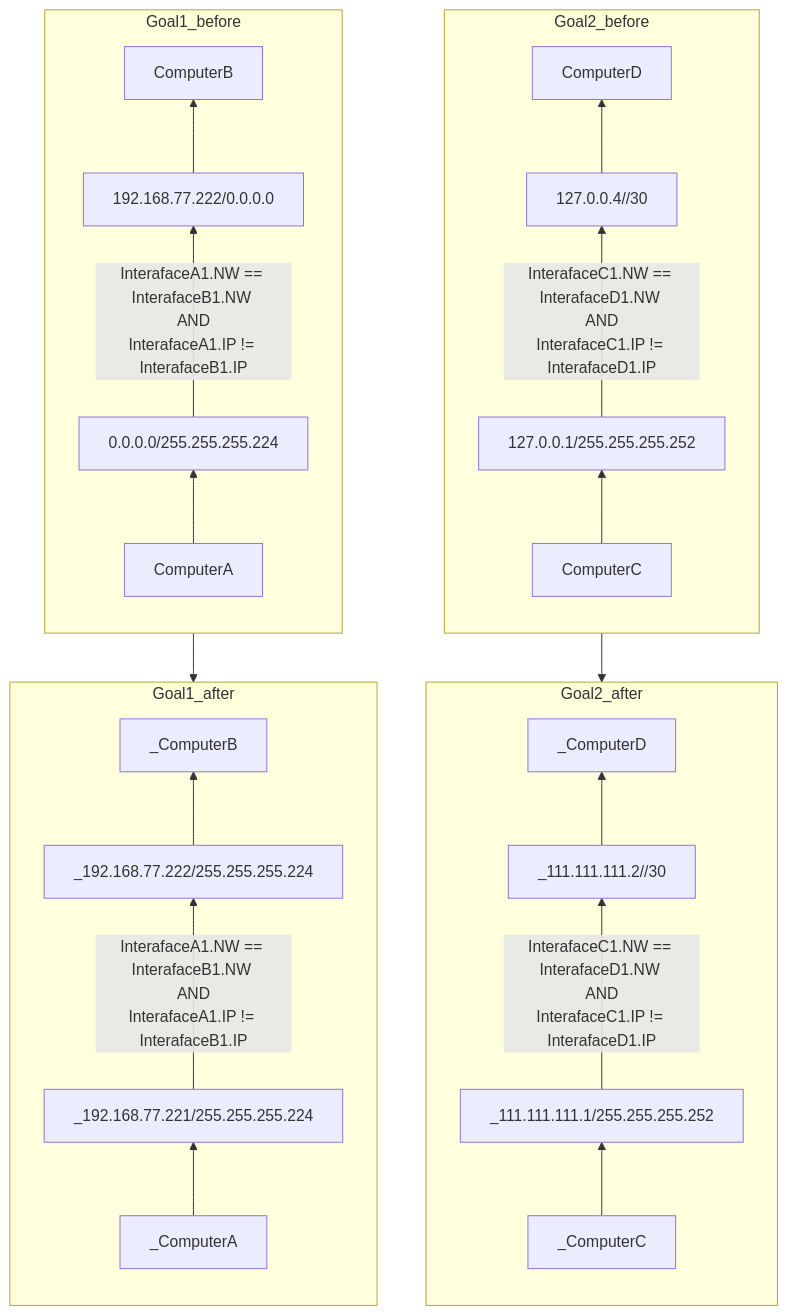
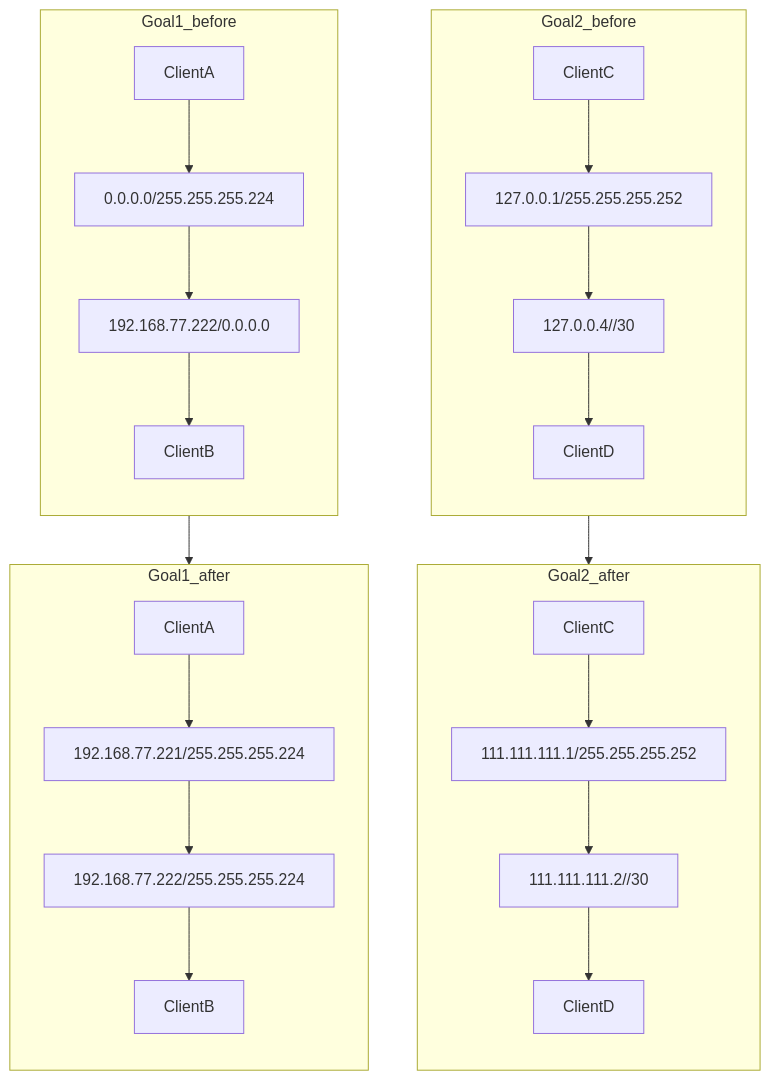
Before and after one commit to rikeda-cloud/net_practice: the second of 2 diagrams in level2.md, drawn with Mermaid. The commit also changed other lines of this file and 2 other files, not shown here.

````diff
--- a/level2.md
+++ b/level2.md
@@ -24,27 +33,42 @@
 ```mermaid
 flowchart
 
 Goal2_before-->Goal2_after
 subgraph Goal2_before
-    direction BT
-    ComputerC-->127.0.0.1/255.255.255.252-- InterafaceC1.NW == InterafaceD1.NW <br>AND<br>InterafaceC1.IP != InterafaceD1.IP-->127.0.0.4//30-->ComputerD
+    direction TB
+    BE_CL_C[ClientC]
+    BE_CL_D[ClientD]
+    BE_IF_C[127.0.0.1/255.255.255.252]
+    BE_IF_D[127.0.0.4//30]
+    BE_CL_C-->BE_IF_C-->BE_IF_D-->BE_CL_D
 end
 
 subgraph Goal2_after
-    direction BT
-    _ComputerC-->_111.111.111.1/255.255.255.252-- InterafaceC1.NW == InterafaceD1.NW <br>AND<br>InterafaceC1.IP != InterafaceD1.IP-->_111.111.111.2//30-->_ComputerD
+    direction TB
+    AF_CL_C[ClientC]
+    AF_CL_D[ClientD]
+    AF_IF_C[111.111.111.1/255.255.255.252]
+    AF_IF_D[111.111.111.2//30]
+    AF_CL_C-->AF_IF_C-->AF_IF_D-->AF_CL_D
 end
 
 
 Goal1_before-->Goal1_after
 subgraph Goal1_before
-    direction BT
-    ComputerA-->0.0.0.0/255.255.255.224-- InterafaceA1.NW == InterafaceB1.NW <br>AND<br>InterafaceA1.IP != InterafaceB1.IP-->192.168.77.222/0.0.0.0-->ComputerB
+    direction TB
+    BE_CL_A[ClientA]
+    BE_CL_B[ClientB]
+    BE_IF_A[0.0.0.0/255.255.255.224]
+    BE_IF_B[192.168.77.222/0.0.0.0]
+    BE_CL_A-->BE_IF_A-->BE_IF_B-->BE_CL_B
 end
 
 subgraph Goal1_after
-    direction BT
-    _ComputerA-->_192.168.77.221/255.255.255.224-- InterafaceA1.NW == InterafaceB1.NW <br>AND<br>InterafaceA1.IP != InterafaceB1.IP-->_192.168.77.222/255.255.255.224-->_ComputerB
+    direction TB
+    AF_CL_A[ClientA]
+    AF_CL_B[ClientB]
+    AF_IF_A[192.168.77.221/255.255.255.224]
+    AF_IF_B[192.168.77.222/255.255.255.224]
+    AF_CL_A-->AF_IF_A-->AF_IF_B-->AF_CL_B
 end
-
 ```
````
